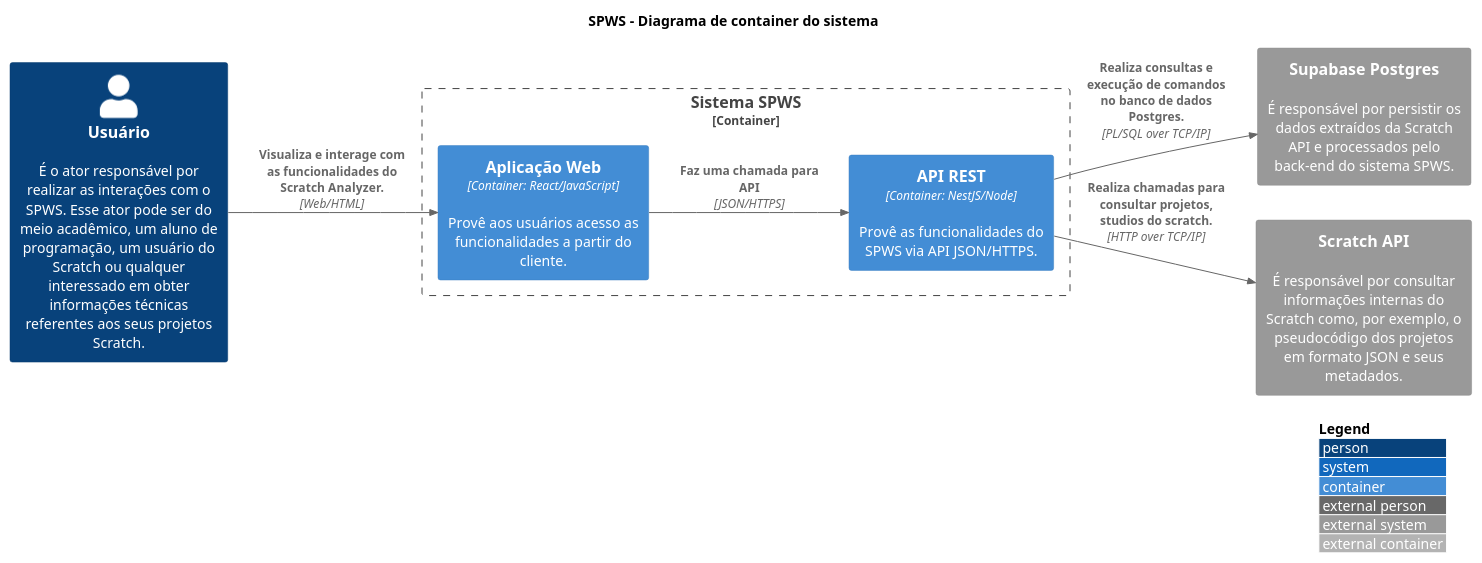
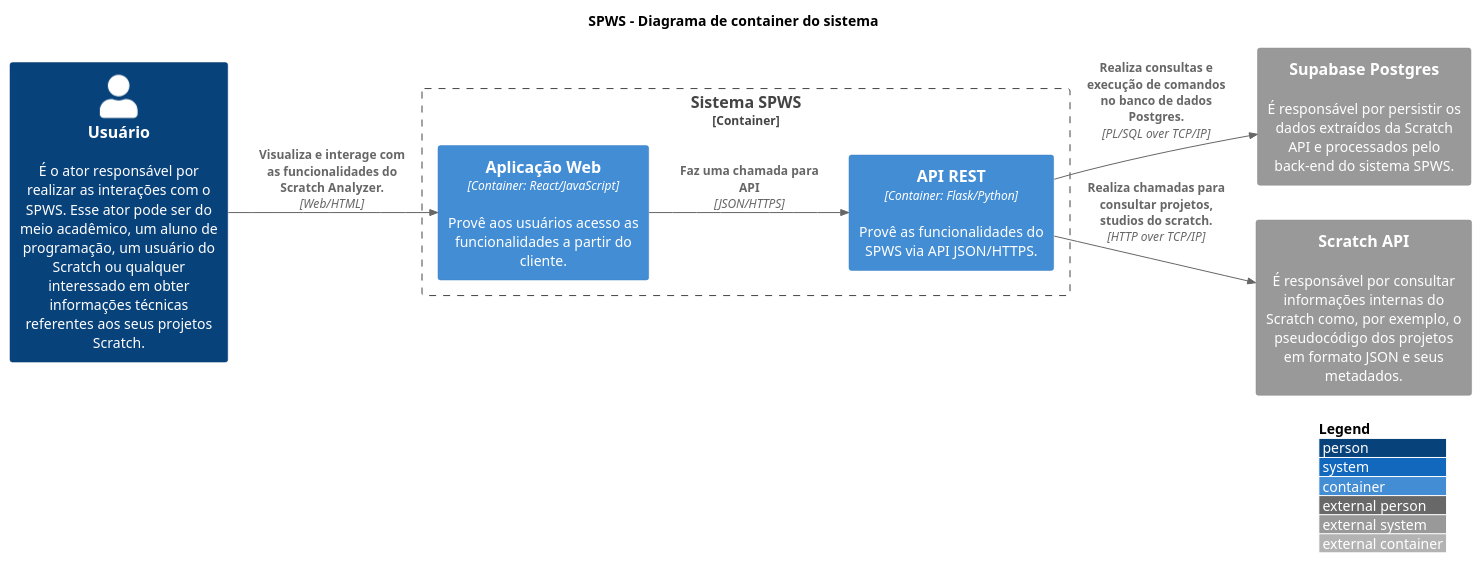
One commit to MurylloEx/ml-scratch-webcrawler-docs changed the diagram in pages/C1. Visão Geral/C2. Sistema/containers.puml. Above: the diagram before and after it, drawn with PlantUML.

Commit message:
docs: fix typos

```diff
--- a/pages/C1. Visão Geral/C2. Sistema/containers.puml
+++ b/pages/C1. Visão Geral/C2. Sistema/containers.puml
@@ -1,28 +1,28 @@
 @startuml "Container Diagram"
 
 title "SPWS - Diagrama de container do sistema"
 
 !include https://raw.githubusercontent.com/adrianvlupu/C4-PlantUML/latest/C4_Container.puml
 
 LAYOUT_WITH_LEGEND()
 LAYOUT_LEFT_RIGHT()
 
 skinparam backgroundcolor transparent
 
 Person(ActorUser, "Usuário", "É o ator responsável por realizar as interações com o SPWS. Esse ator pode ser do meio acadêmico, um aluno de programação, um usuário do Scratch ou qualquer interessado em obter informações técnicas referentes aos seus projetos Scratch.")
 
 Container_Boundary(SystemSejaUPE, "Sistema SPWS") {
   Container(ContainerWebApp, "Aplicação Web", "Container: React/JavaScript", "Provê aos usuários acesso as funcionalidades a partir do cliente.")
-  Container(ContainerServerApi, "API REST", "Container: NestJS/Node", "Provê as funcionalidades do SPWS via API JSON/HTTPS.")
+  Container(ContainerServerApi, "API REST", "Container: Flask/Python", "Provê as funcionalidades do SPWS via API JSON/HTTPS.")
   
   Rel(ContainerWebApp, ContainerServerApi, "Faz uma chamada para API", "JSON/HTTPS")
 }
 
 System_Ext(SystemSupabase, "Supabase Postgres", "É responsável por persistir os dados extraídos da Scratch API e processados pelo back-end do sistema SPWS.")
 System_Ext(SystemScratchApi, "Scratch API", "É responsável por consultar informações internas do Scratch como, por exemplo, o pseudocódigo dos projetos em formato JSON e seus metadados.")
 
 Rel(ActorUser, ContainerWebApp, "Visualiza e interage com as funcionalidades do Scratch Analyzer.", "Web/HTML")
 Rel(ContainerServerApi, SystemSupabase, "Realiza consultas e execução de comandos no banco de dados Postgres.", "PL/SQL over TCP/IP")
 Rel(ContainerServerApi, SystemScratchApi, "Realiza chamadas para consultar projetos, studios do scratch.", "HTTP over TCP/IP")
 
 @enduml
```
